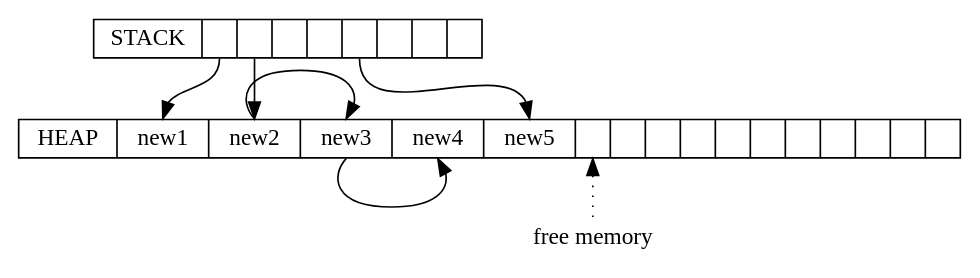
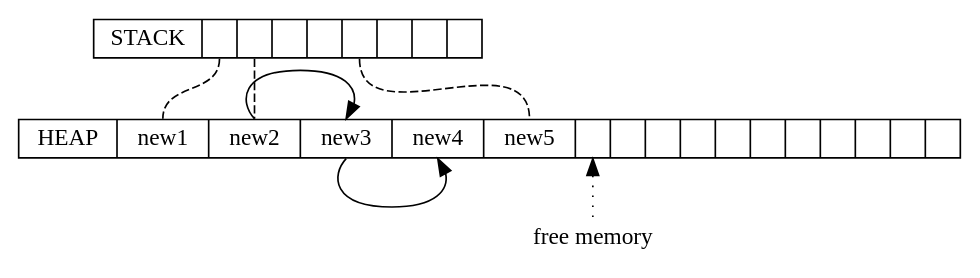
Diagram 11 of 13 in blog/modules/ROOT/pages/6-garbage-collector-perf.adoc (com-lihaoyi/mill), drawn with Graphviz before and after one commit. The commit also changed other lines of this file, not shown here.

````diff
--- a/blog/modules/ROOT/pages/6-garbage-collector-perf.adoc
+++ b/blog/modules/ROOT/pages/6-garbage-collector-perf.adoc
@@ -337,17 +337,17 @@
 ```graphviz
 digraph G {
 
   node [shape=box width=0 height=0 style=filled fillcolor=white]
   heap1 [shape=record label="HEAP | <f0> new1 | <f1> new2 | <f2> new3 | <f3> new4 | <f4> new5 | <f5> | <f6> | <f7> | <f8> | <f9> | <f10> | <f11> | <f12> | <f13> | <f14> | <f15>"]
 
   stack [shape=record label="STACK | <f0> | <f1> | <f2> | <f3> | <f4> | <f5> | <f6> | <f7> "]
 
-  stack:f0 -> heap1:f0
-  stack:f1 -> heap1:f1
+  stack:f0 -> heap1:f0 [dir=none, style=dashed]
+  stack:f1 -> heap1:f1 [dir=none, style=dashed]
   heap1:f1:n -> heap1:f2:n
   heap1:f2:s -> heap1:f3:s
-  stack:f4 -> heap1:f4
+  stack:f4 -> heap1:f4 [dir=none, style=dashed]
   heap1:f5:s -> alloc:n [dir=back, style=dotted]
   alloc [label = "free memory", shape=plaintext]
 }
 ```
````
